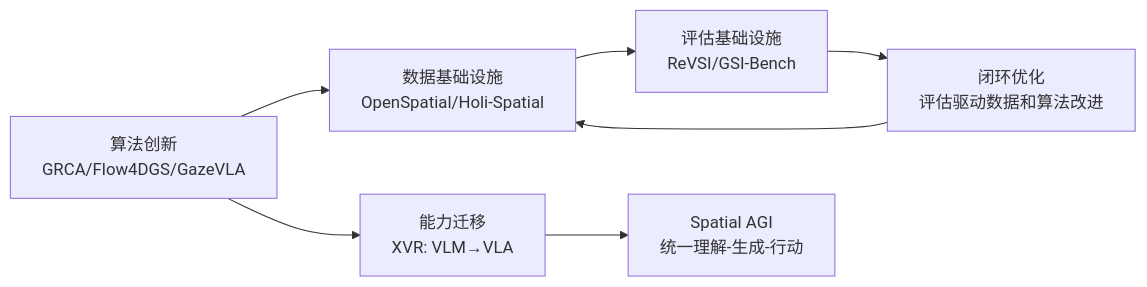
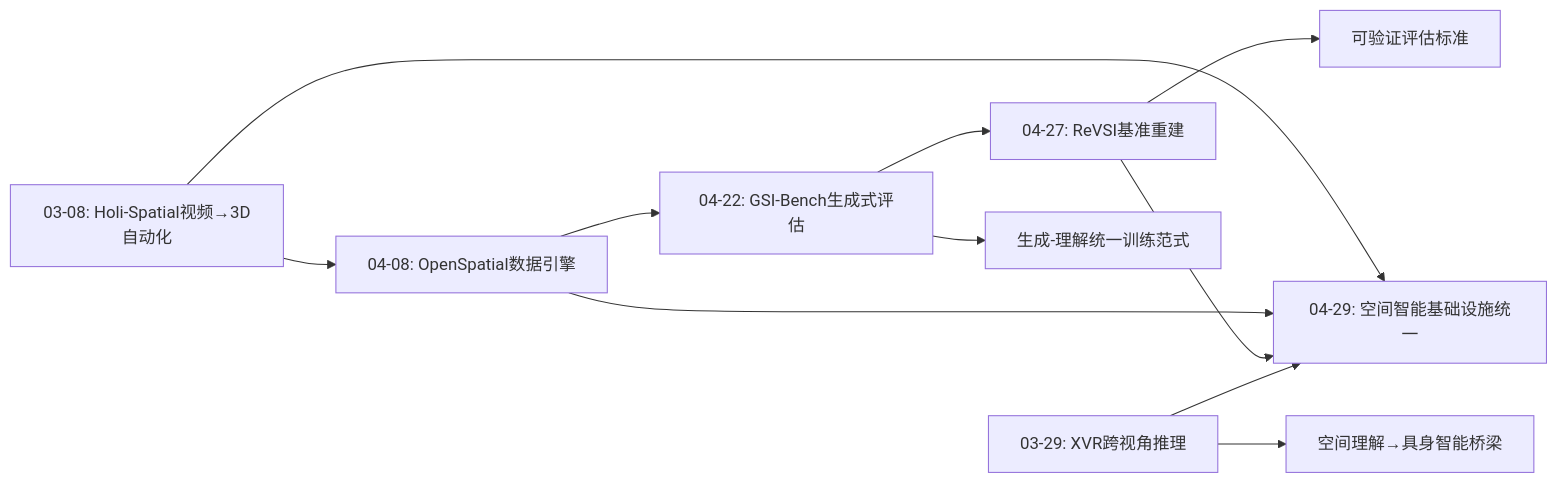
The second of 4 diagrams in daily_thinking/2026-04-29.md (ahangchen/spatial_agi), drawn with Mermaid before and after one commit. The commit also changed other lines of this file and 1 other file, not shown here.

First line of the commit message:
feat: Spatial AGI Research - 2026-04-29

````diff
--- a/daily_thinking/2026-04-29.md
+++ b/daily_thinking/2026-04-29.md
@@ -34,9 +179,13 @@
 ```mermaid
 graph LR
-    A[算法创新<br/>GRCA/Flow4DGS/GazeVLA] --> B[数据基础设施<br/>OpenSpatial/Holi-Spatial]
-    B --> C[评估基础设施<br/>ReVSI/GSI-Bench]
-    C --> D[闭环优化<br/>评估驱动数据和算法改进]
-    D --> B
-    A --> E[能力迁移<br/>XVR: VLM→VLA]
-    E --> F[Spatial AGI<br/>统一理解-生成-行动]
+    A["03-08: Holi-Spatial视频→3D自动化"] --> B["04-08: OpenSpatial数据引擎"]
+    B --> C["04-22: GSI-Bench生成式评估"]
+    C --> D["04-27: ReVSI基准重建"]
+    E["03-29: XVR跨视角推理"] --> F["04-29: 空间智能基础设施统一"]
+    D --> F
+    B --> F
+    A --> F
+    C --> G["生成-理解统一训练范式"]
+    E --> H["空间理解→具身智能桥梁"]
+    D --> I["可验证评估标准"]
 ```
````
